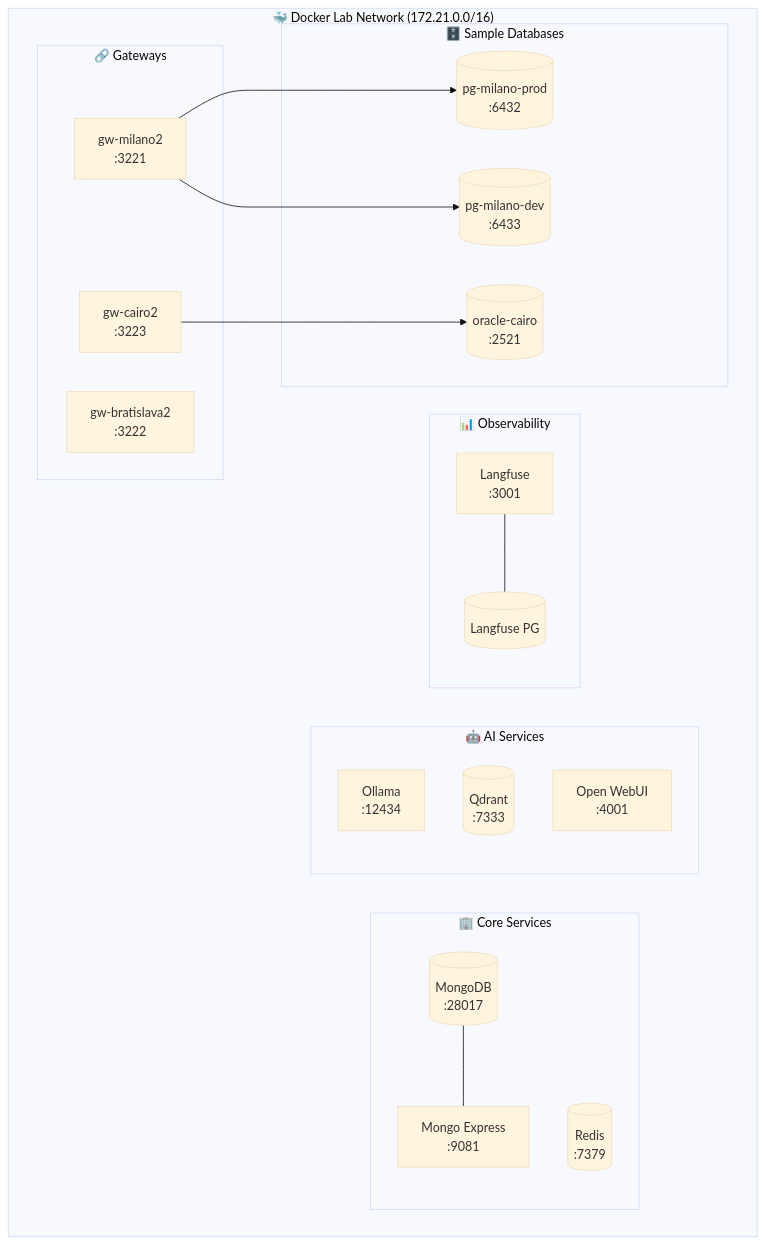
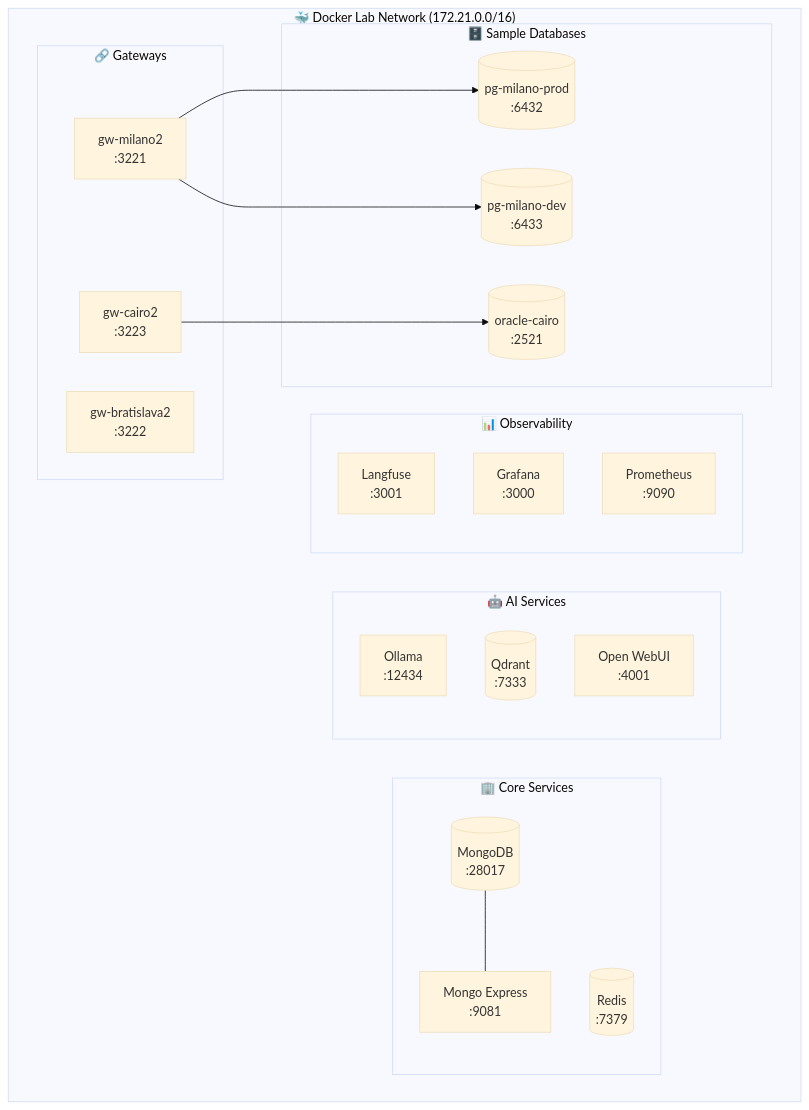
The diagram in docker-lab/README.md (Mohamed-DN/DB-AI), drawn with Mermaid (base theme) before and after one commit. The commit also changed other lines of this file and 18 other files, not shown here.

````diff
--- a/docker-lab/README.md
+++ b/docker-lab/README.md
@@ -21,38 +11,38 @@
 ```mermaid
 flowchart TB
     subgraph DockerLab["🐳 Docker Lab Network (172.21.0.0/16)"]
         subgraph Core["🏢 Core Services"]
             MongoDB[(MongoDB<br/>:28017)]
             MongoExpress[Mongo Express<br/>:9081]
             Redis[(Redis<br/>:7379)]
         end
 
         subgraph AI["🤖 AI Services"]
             Ollama[Ollama<br/>:12434]
             Qdrant[(Qdrant<br/>:7333)]
             OpenWebUI[Open WebUI<br/>:4001]
         end
 
         subgraph Observability["📊 Observability"]
             Langfuse[Langfuse<br/>:3001]
-            LangfuseDB[(Langfuse PG)]
+            Grafana[Grafana<br/>:3000]
+            Prometheus[Prometheus<br/>:9090]
         end
 
         subgraph Gateways["🔗 Gateways"]
             GW1[gw-milano2<br/>:3221]
             GW2[gw-bratislava2<br/>:3222]
             GW3[gw-cairo2<br/>:3223]
         end
 
         subgraph Databases["🗄️ Sample Databases"]
             PG1[(pg-milano-prod<br/>:6432)]
             PG2[(pg-milano-dev<br/>:6433)]
             Oracle1[(oracle-cairo<br/>:2521)]
         end
     end
 
     MongoDB --- MongoExpress
-    Langfuse --- LangfuseDB
     GW1 --> PG1 & PG2
     GW3 --> Oracle1
 ```
````
